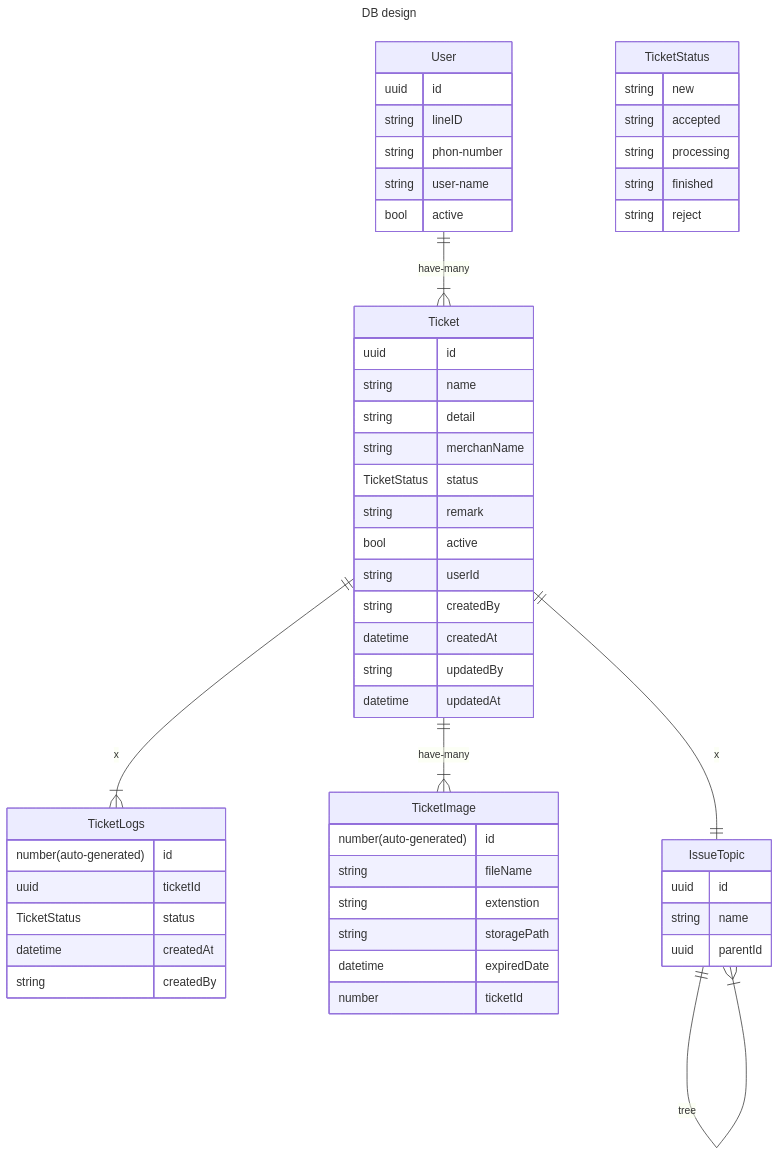
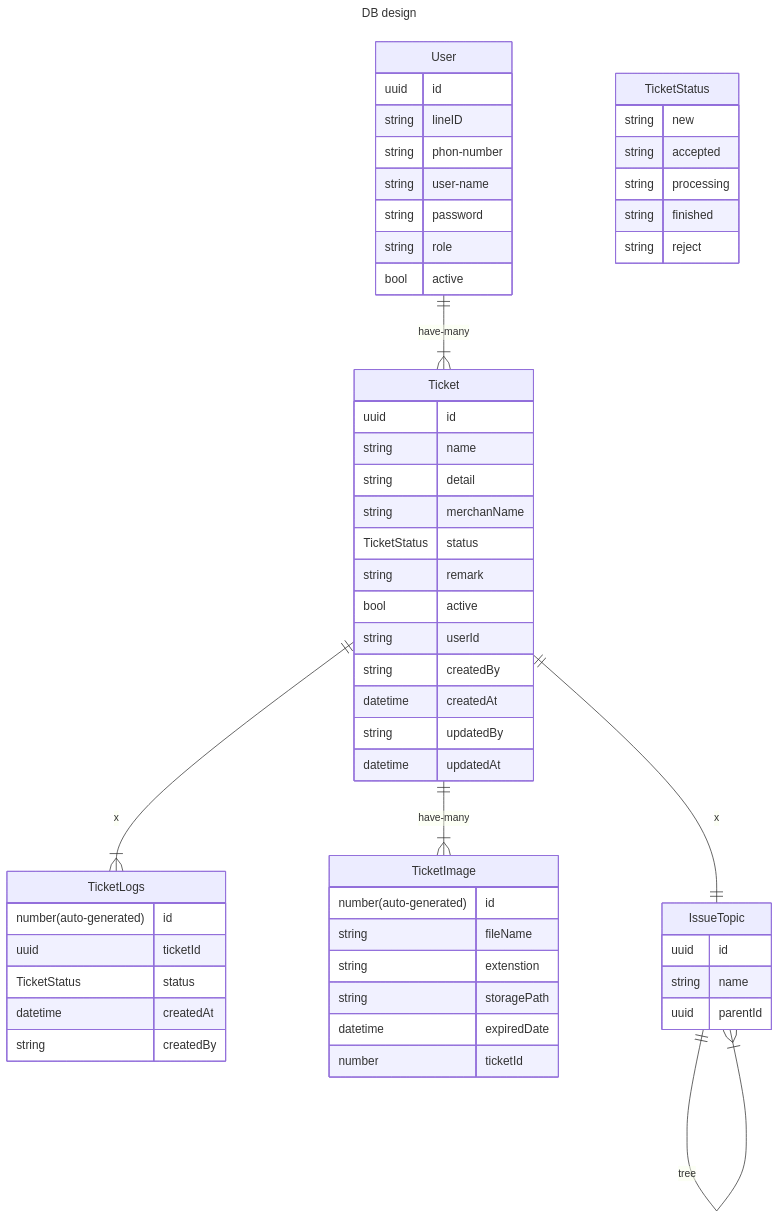
One commit to at-syot/an-crm changed the diagram in diagrams/db-design.md. Above: the diagram before and after it, drawn with Mermaid. The commit also changed 6 other files, not shown here.

````diff
--- a/diagrams/db-design.md
+++ b/diagrams/db-design.md
@@ -1,69 +1,71 @@
 ```mermaid
 ---
 title: DB design
 ---
 erDiagram
     User {
       uuid id
       string lineID
       string phon-number
       string user-name
+      string password
+      string role
       bool active
     }
 
     Ticket {
       uuid id
       string name
       string detail
       string merchanName
       TicketStatus status
       string remark
       bool active
 
       string userId
 
       string createdBy
       datetime createdAt
       string updatedBy
       datetime updatedAt
     }
 
     TicketLogs {
       number(auto-generated) id
       uuid ticketId
 
       TicketStatus status
       datetime createdAt
       string createdBy
     }
 
     TicketStatus {
       string new
       string accepted
       string processing
       string finished
       string reject
     }
 
     TicketImage {
       number(auto-generated) id
       string fileName
       string extenstion
       string storagePath
       datetime expiredDate
 
       number ticketId
     }
 
     IssueTopic {
       uuid id
       string name
       uuid parentId
     }
 
     IssueTopic ||--|{ IssueTopic : tree
     User ||--|{ Ticket : have-many
     Ticket ||--|{ TicketImage : have-many
     Ticket ||--|| IssueTopic : x
     Ticket ||--|{ TicketLogs : x
 ```
````
